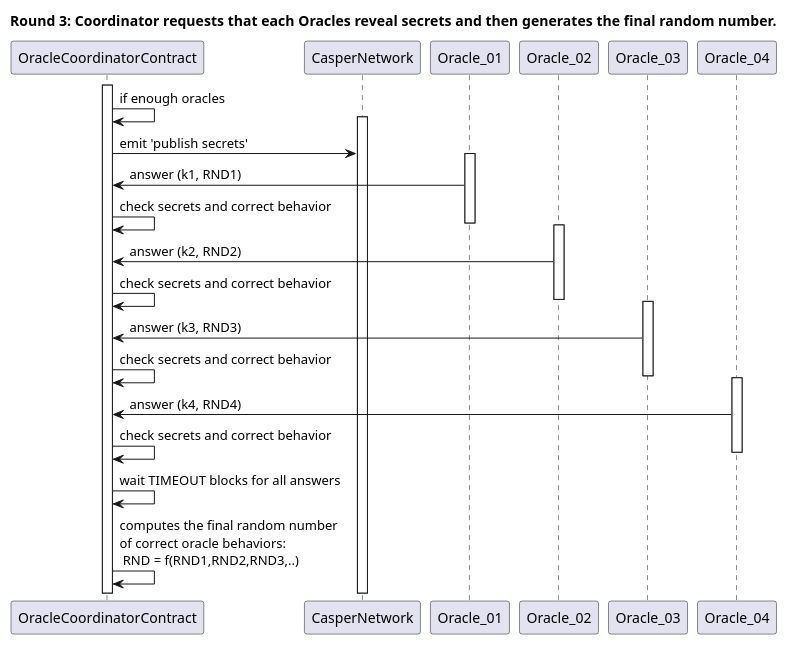
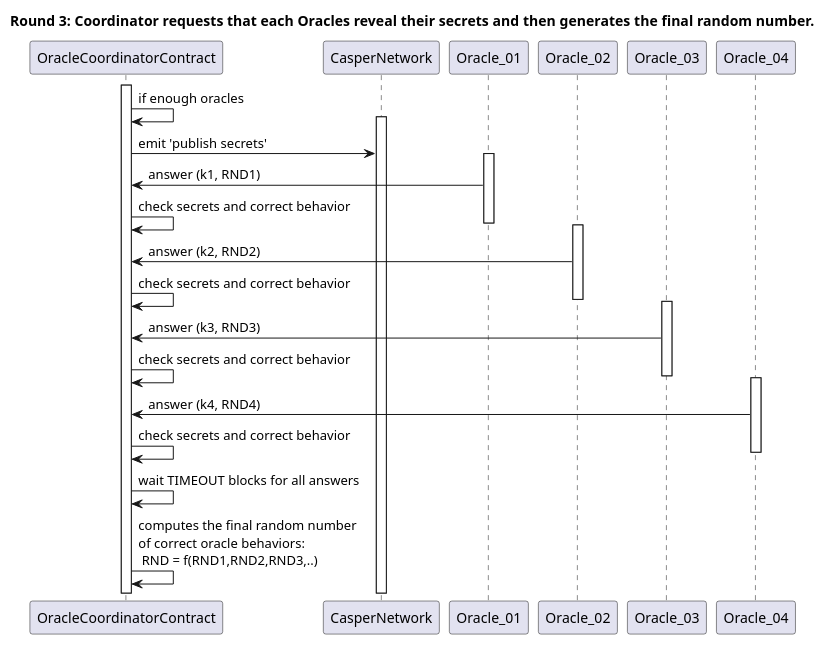
Before and after one commit to lucribas/casper-game-oracle: the ninth of 13 diagrams in docs/images/Diagrams_plant_uml.md, drawn with PlantUML. The commit also changed other lines of this file and 1 other file, not shown here.

````diff
--- a/docs/images/Diagrams_plant_uml.md
+++ b/docs/images/Diagrams_plant_uml.md
@@ -127,28 +221,28 @@
 ```plantuml
 @startuml
-title Round 3: Coordinator requests that each Oracles reveal secrets and then generates the final random number.
+title Round 3: **Coordinator** requests that each **Oracles** reveal their secrets and then generates the final random number.
 
 activate OracleCoordinatorContract
 OracleCoordinatorContract -> OracleCoordinatorContract : if enough oracles
 activate CasperNetwork
 OracleCoordinatorContract -> CasperNetwork : emit 'publish secrets'
 activate Oracle_01
 Oracle_01 -> OracleCoordinatorContract : answer (k1, RND1)
 OracleCoordinatorContract -> OracleCoordinatorContract : check secrets and correct behavior
 deactivate Oracle_01
 activate Oracle_02
 Oracle_02 -> OracleCoordinatorContract : answer (k2, RND2)
 OracleCoordinatorContract -> OracleCoordinatorContract : check secrets and correct behavior
 deactivate Oracle_02
 activate Oracle_03
 Oracle_03 -> OracleCoordinatorContract : answer (k3, RND3)
 OracleCoordinatorContract -> OracleCoordinatorContract : check secrets and correct behavior
 deactivate Oracle_03
 activate Oracle_04
 Oracle_04 -> OracleCoordinatorContract : answer (k4, RND4)
 OracleCoordinatorContract -> OracleCoordinatorContract : check secrets and correct behavior
 deactivate Oracle_04
 OracleCoordinatorContract -> OracleCoordinatorContract : wait TIMEOUT blocks for all answers
 OracleCoordinatorContract -> OracleCoordinatorContract : computes the final random number\nof correct oracle behaviors:\n RND = f(RND1,RND2,RND3,..)
 @enduml
 ```
````
